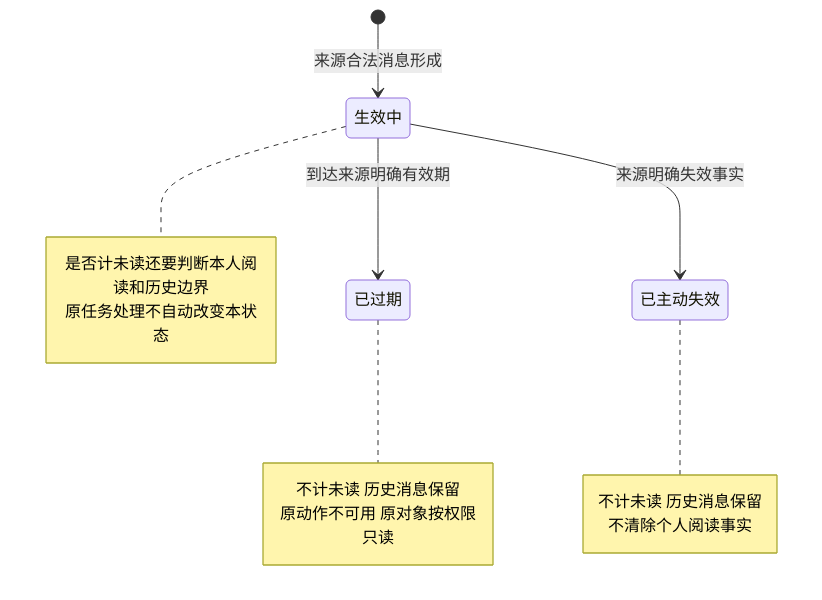
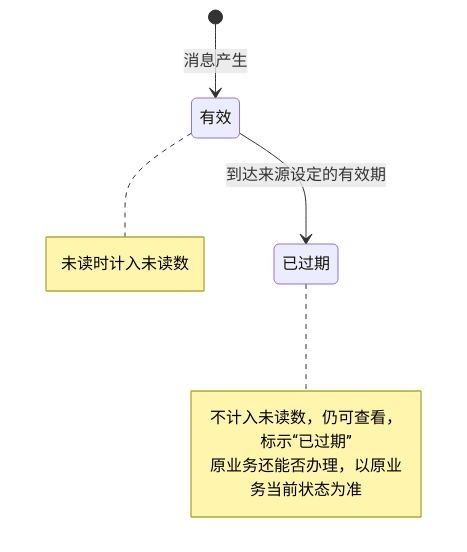
One commit to wxblockchain/Chain-Financing changed the sixth of 7 diagrams in lending-platform/PRD/运营端/07-运营端消息通知/02-运营端消息通知-流程图与状态机.md. Above: the diagram before and after it, drawn with Mermaid. The commit also changed other lines of this file and 6 other files, not shown here.

````diff
--- a/lending-platform/PRD/运营端/07-运营端消息通知/02-运营端消息通知-流程图与状态机.md
+++ b/lending-platform/PRD/运营端/07-运营端消息通知/02-运营端消息通知-流程图与状态机.md
@@ -144,18 +132,12 @@
 ```mermaid
 stateDiagram-v2
-    [*] --> 生效中: 来源合法消息形成
-    生效中 --> 已过期: 到达来源明确有效期
-    生效中 --> 已主动失效: 来源明确失效事实
-    note right of 生效中
-        是否计未读还要判断本人阅读和历史边界
-        原任务处理不自动改变本状态
+    [*] --> 有效: 消息产生
+    有效 --> 已过期: 到达来源设定的有效期
+    note right of 有效
+        未读时计入未读数
     end note
     note right of 已过期
-        不计未读 历史消息保留
-        原动作不可用 原对象按权限只读
-    end note
-    note right of 已主动失效
-        不计未读 历史消息保留
-        不清除个人阅读事实
+        不计入未读数，仍可查看，标示“已过期”
+        原业务还能否办理，以原业务当前状态为准
     end note
 ```
````
